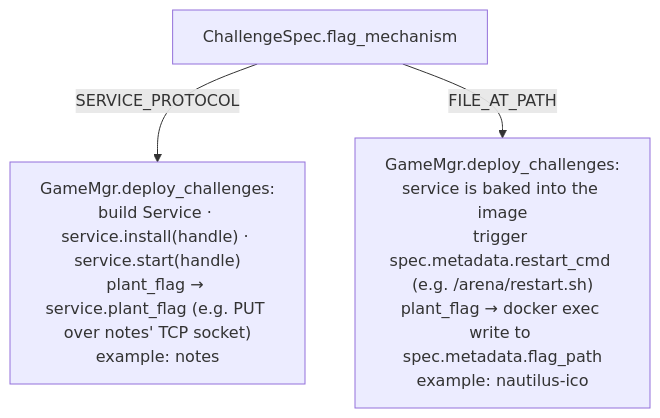
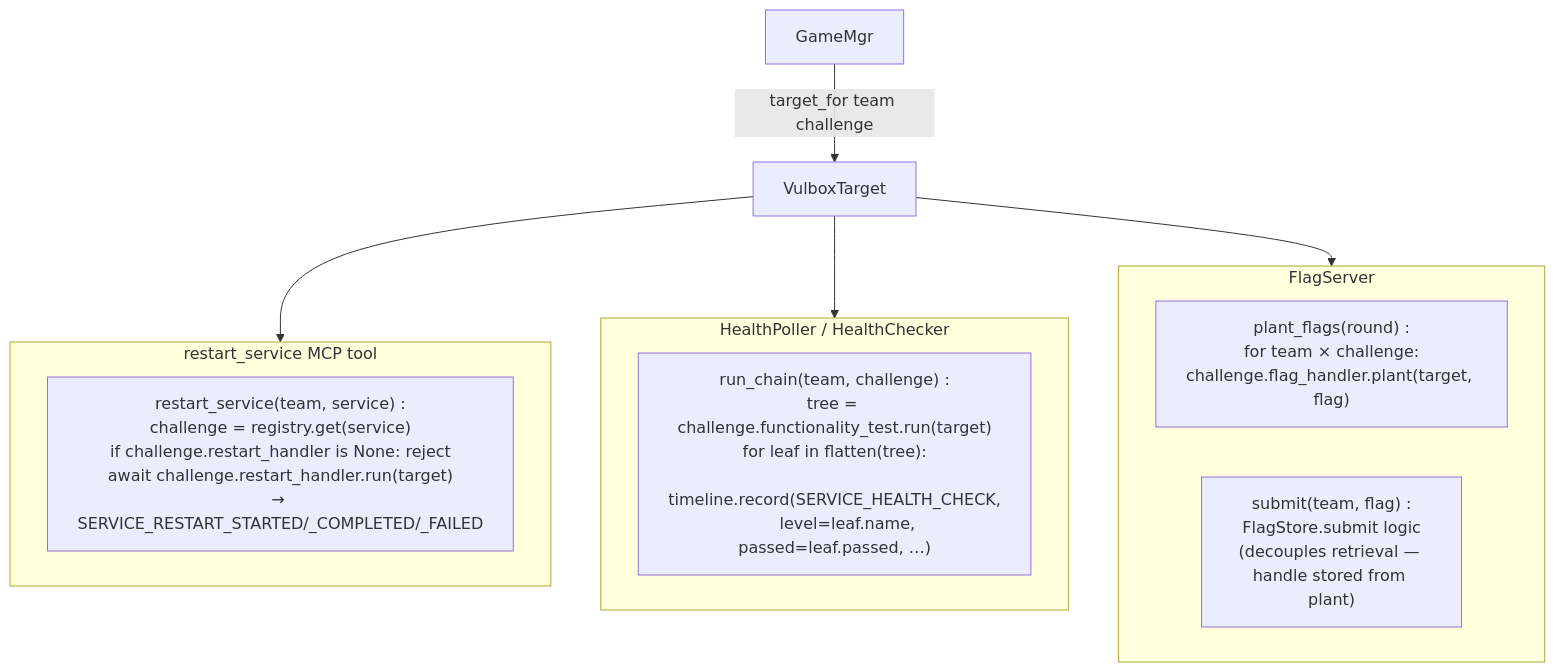
Before and after one commit to YueyangPan/CyberArenaOrchestration: the second of 2 diagrams in docs/UML/challenges.md, drawn with Mermaid. The commit also changed other lines of this file and 4 other files, not shown here.

First line of the commit message:
feat(challenges): Stage 0 — move abstract interface into project + add RestartHandler

````diff
--- a/docs/UML/challenges.md
+++ b/docs/UML/challenges.md
@@ -82,6 +134,25 @@
 ```mermaid
 flowchart TD
-  Spec[ChallengeSpec.flag_mechanism]
-  Spec -->|SERVICE_PROTOCOL| ServPath["GameMgr.deploy_challenges:<br/>build Service · service.install(handle) · service.start(handle)<br/>plant_flag → service.plant_flag (e.g. PUT over notes' TCP socket)<br/>example: notes"]
-  Spec -->|FILE_AT_PATH| FilePath["GameMgr.deploy_challenges:<br/>service is baked into the image<br/>trigger spec.metadata.restart_cmd (e.g. /arena/restart.sh)<br/>plant_flag → docker exec write to spec.metadata.flag_path<br/>example: nautilus-ico"]
+  GM[GameMgr]
+  GM -->|target_for team challenge| TGT[VulboxTarget]
+
+  subgraph fs [FlagServer]
+    direction LR
+    plant["plant_flags(round) :<br/>for team × challenge:<br/>challenge.flag_handler.plant(target, flag)"]
+    submit["submit(team, flag) :<br/>FlagStore.submit logic<br/>(decouples retrieval — handle stored from plant)"]
+  end
+
+  subgraph hp [HealthPoller / HealthChecker]
+    direction LR
+    chain["run_chain(team, challenge) :<br/>tree = challenge.functionality_test.run(target)<br/>for leaf in flatten(tree):<br/>  timeline.record(SERVICE_HEALTH_CHECK,<br/>      level=leaf.name, passed=leaf.passed, …)"]
+  end
+
+  subgraph rs [restart_service MCP tool]
+    direction LR
+    rsr["restart_service(team, service) :<br/>challenge = registry.get(service)<br/>if challenge.restart_handler is None: reject<br/>await challenge.restart_handler.run(target)<br/>→ SERVICE_RESTART_STARTED/_COMPLETED/_FAILED"]
+  end
+
+  TGT --> plant
+  TGT --> chain
+  TGT --> rsr
 ```
````
